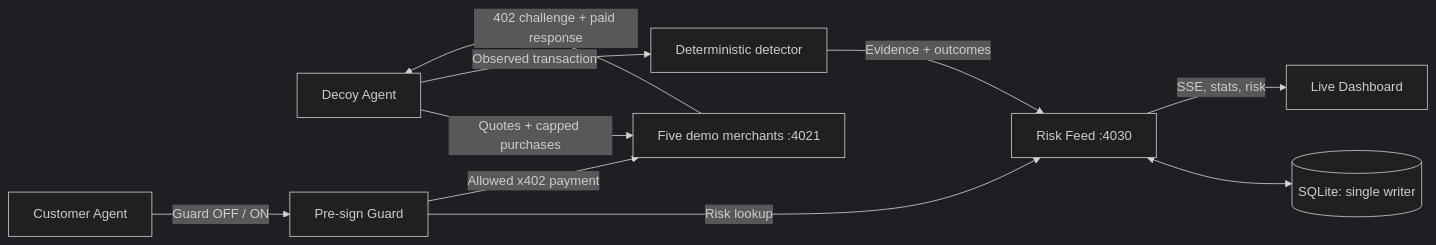
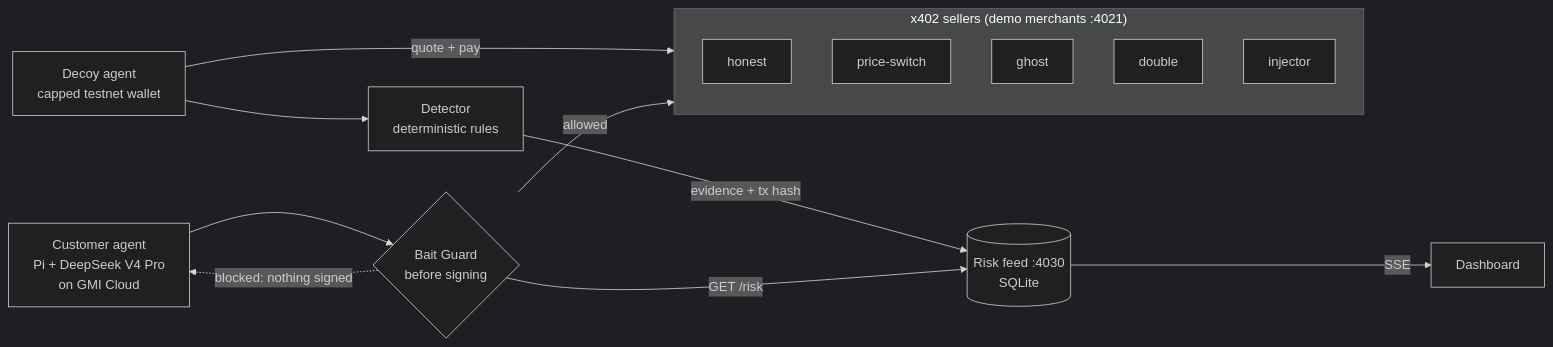
One commit to MO7YW4NG/bait changed the diagram in README.md. Above: the diagram before and after it, drawn with Mermaid (dark theme). The commit also changed other lines of this file, not shown here.

````diff
--- a/README.md
+++ b/README.md
@@ -21,12 +23,18 @@
 ```mermaid
 flowchart LR
-  D[Decoy Agent] -->|Quotes + capped purchases| M[Five demo merchants :4021]
-  M -->|402 challenge + paid response| D
-  D -->|Observed transaction| R[Deterministic detector]
-  R -->|Evidence + outcomes| F[Risk Feed :4030]
-  F <--> DB[(SQLite: single writer)]
-  F -->|SSE, stats, risk| W[Live Dashboard]
-  C[Customer Agent] -->|Guard OFF / ON| G[Pre-sign Guard]
-  G -->|Risk lookup| F
-  G -->|Allowed x402 payment| M
+  subgraph Sellers["x402 sellers (demo merchants :4021)"]
+    M1[honest]
+    M2[price-switch]
+    M3[ghost]
+    M4[double]
+    M5[injector]
+  end
+  D[Decoy agent<br/>capped testnet wallet] -->|quote + pay| Sellers
+  D --> R[Detector<br/>deterministic rules]
+  R -->|evidence + tx hash| F[(Risk feed :4030<br/>SQLite)]
+  F -->|SSE| W[Dashboard]
+  C[Customer agent<br/>Pi + DeepSeek V4 Pro<br/>on GMI Cloud] --> G{Bait Guard<br/>before signing}
+  G -->|GET /risk| F
+  G -->|allowed| Sellers
+  G -.->|blocked: nothing signed| C
 ```
````
